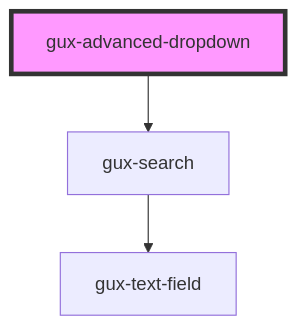
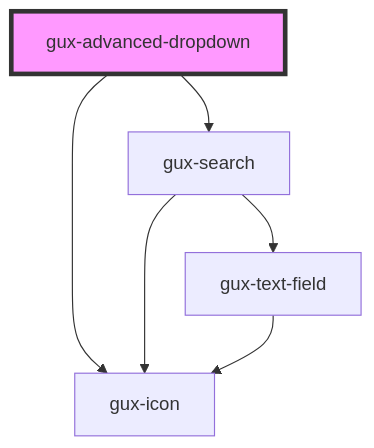
One commit to MyPureCloud/genesys-spark changed the diagram in src/components/gux-advanced-dropdown/readme.md. Above: the diagram before and after it, drawn with Mermaid. The commit also changed other lines of this file and 79 other files, not shown here.

````diff
--- a/src/components/gux-advanced-dropdown/readme.md
+++ b/src/components/gux-advanced-dropdown/readme.md
@@ -56,6 +57,9 @@
 ```mermaid
 graph TD;
+  gux-advanced-dropdown --> gux-icon
   gux-advanced-dropdown --> gux-search
   gux-search --> gux-text-field
+  gux-search --> gux-icon
+  gux-text-field --> gux-icon
   style gux-advanced-dropdown fill:#f9f,stroke:#333,stroke-width:4px
 ```
````
